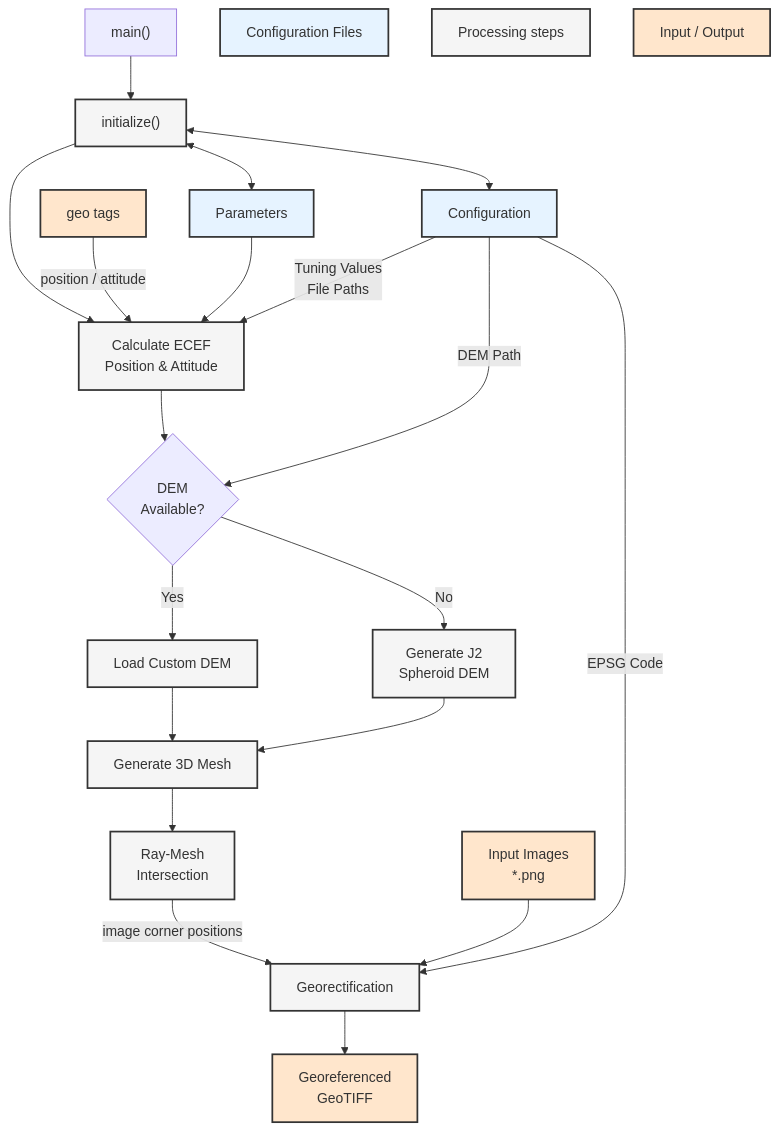
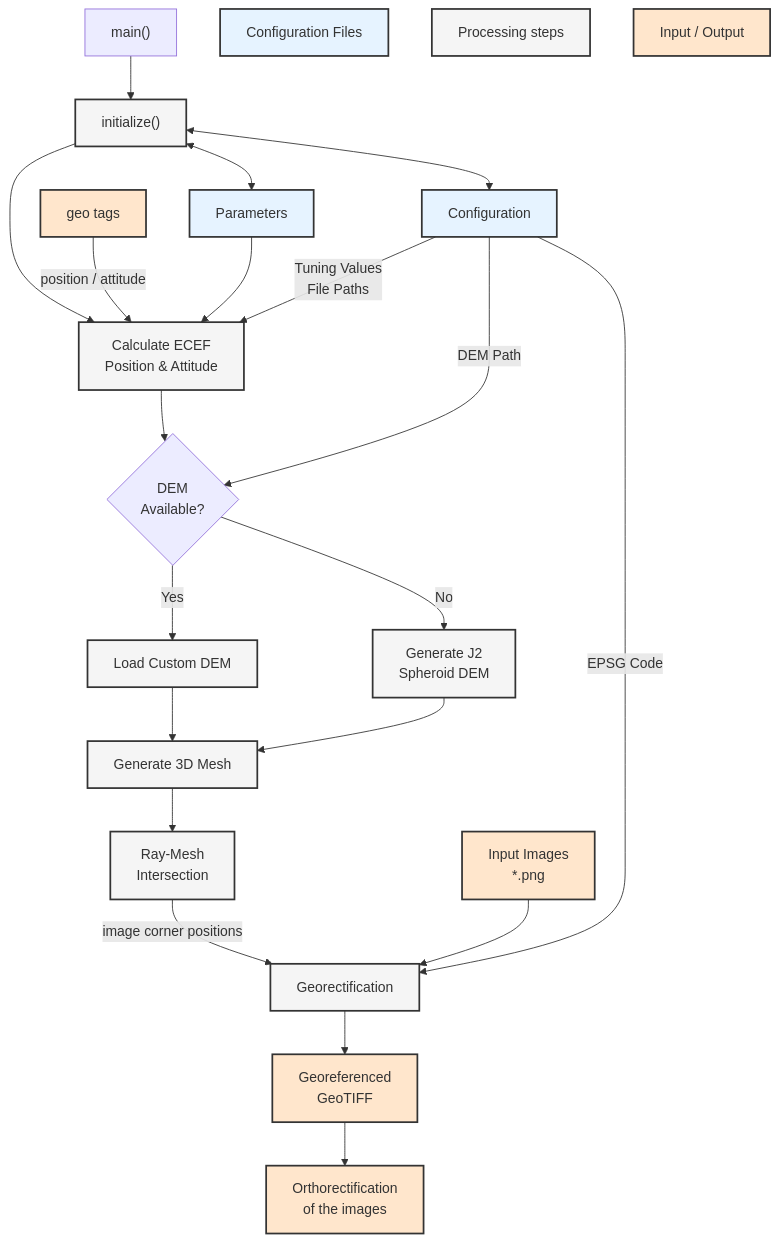
Before and after one commit to OliverHasle/SeaBee_Mugin_georef: the diagram in README.md, drawn with Mermaid. The commit also changed other lines of this file and 3 other files, not shown here.

````diff
--- a/README.md
+++ b/README.md
@@ -128,33 +151,35 @@
 ```mermaid
 graph TD
     Main["main()"] --> Init["initialize()"]
     Init                <--> Config[Configuration]
     Init                <--> Params[Parameters] 
     Init                --> geoPose[Calculate ECEF <br> Position & Attitude]
     geoLog[geo tags]    --> |position / attitude|geoPose
     geoPose             --> demCheck{DEM <br> Available?}
     Config              --> |DEM Path|demCheck
     Params              --> geoPose
     demCheck            --> |No|j2_dem[Generate J2 <br> Spheroid DEM]
     demCheck            --> |Yes|cust_dem[Load Custom DEM]
     cust_dem            --> mesh3d[Generate 3D Mesh]
     j2_dem              --> mesh3d
     mesh3d              --> rayIntersect[Ray-Mesh <br> Intersection]
     rayIntersect        --> |image corner positions|georef[Georectification]
     images[Input Images\n*.png] --> georef
     Config              --> |EPSG Code|georef
     Config              --> |Tuning Values <br> File Paths|geoPose
     georef              --> output[Georeferenced <br> GeoTIFF]
+    output              --> ortho[Orthorectification <br> of the images]
+
     
     ConfigFiles[Configuration Files]
     code[Processing steps]
     inpOut[Input / Output]
     
  
 classDef config fill:#e6f3ff,stroke:#333,stroke-width:2px
 classDef io fill:#ffe6cc,stroke:#333,stroke-width:2px
 classDef process fill:#f5f5f5,stroke:#333,stroke-width:2px
 class Config,Params,ConfigFiles config
-class images,output,inpOut,geoLog io
+class images,output,inpOut,geoLog,ortho io
 class Init,geoPose,j2_dem,cust_dem,mesh3d,rayIntersect,georef,code process
 ```
````
